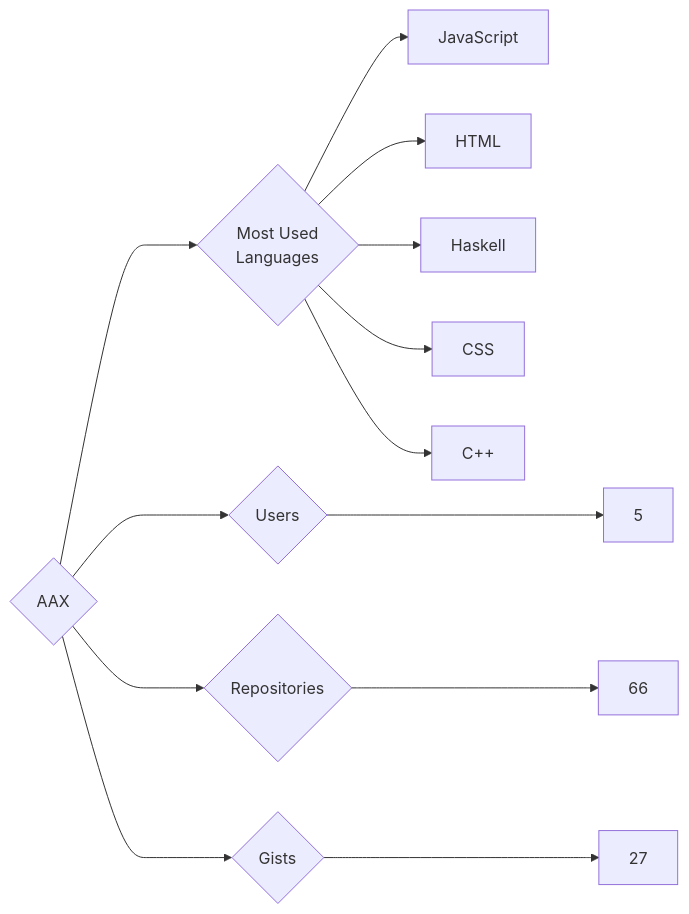
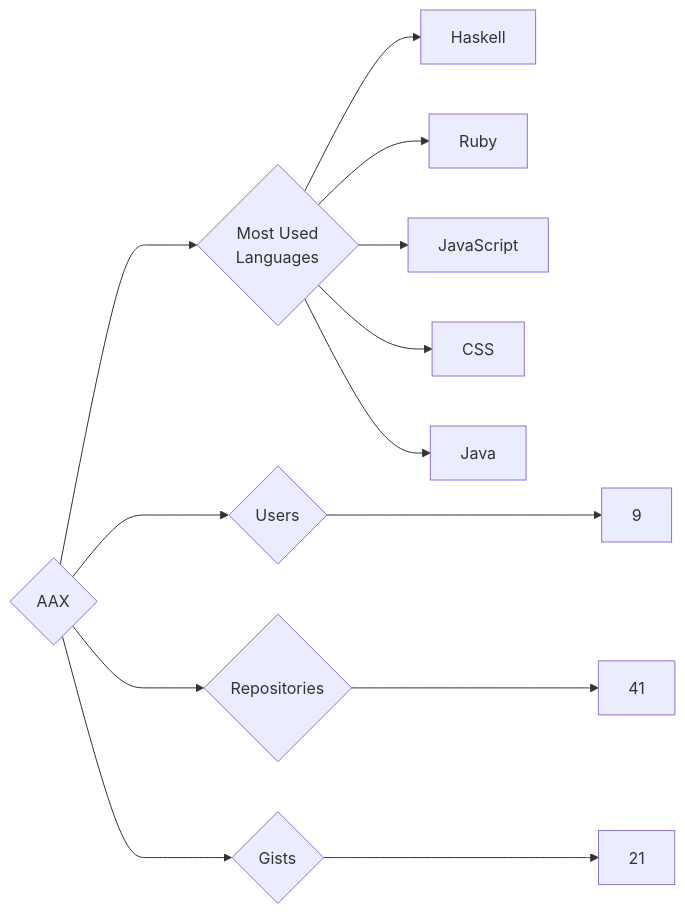
Before and after one commit to trickest/insiders: the diagram in targets/AAX/README.md, drawn with Mermaid. The commit also changed 1212 other files, not shown here.

````diff
--- a/targets/AAX/README.md
+++ b/targets/AAX/README.md
@@ -3,13 +3,13 @@
 ```mermaid
 graph LR
 COMPANY_NAME{AAX}
-COMPANY_NAME ---> U{Users} ---> UN[5]
-COMPANY_NAME ---> R{Repositories} ---> RN[66]
-COMPANY_NAME ---> G{Gists} ---> GN[27]
+COMPANY_NAME ---> U{Users} ---> UN[9]
+COMPANY_NAME ---> R{Repositories} ---> RN[41]
+COMPANY_NAME ---> G{Gists} ---> GN[21]
 COMPANY_NAME ---> ML{Most Used<br>Languages}
+ML --> Haskell[Haskell]
+ML --> Ruby[Ruby]
 ML --> JavaScript[JavaScript]
-ML --> HTML[HTML]
-ML --> Haskell[Haskell]
 ML --> CSS[CSS]
-ML --> C++[C++]
+ML --> Java[Java]
 ```
````
